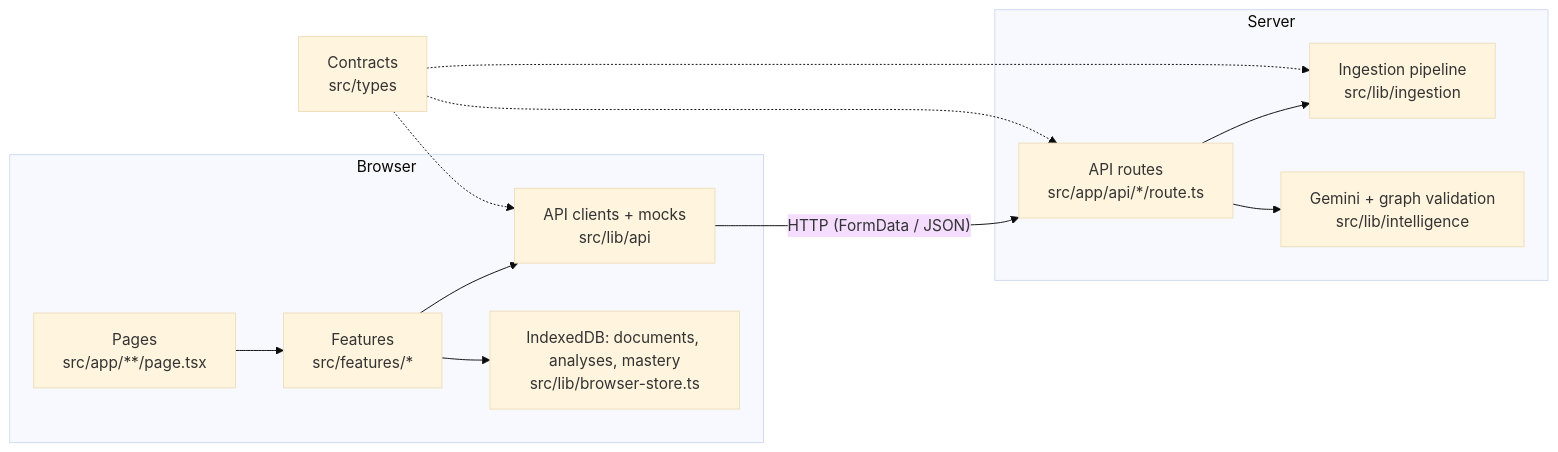
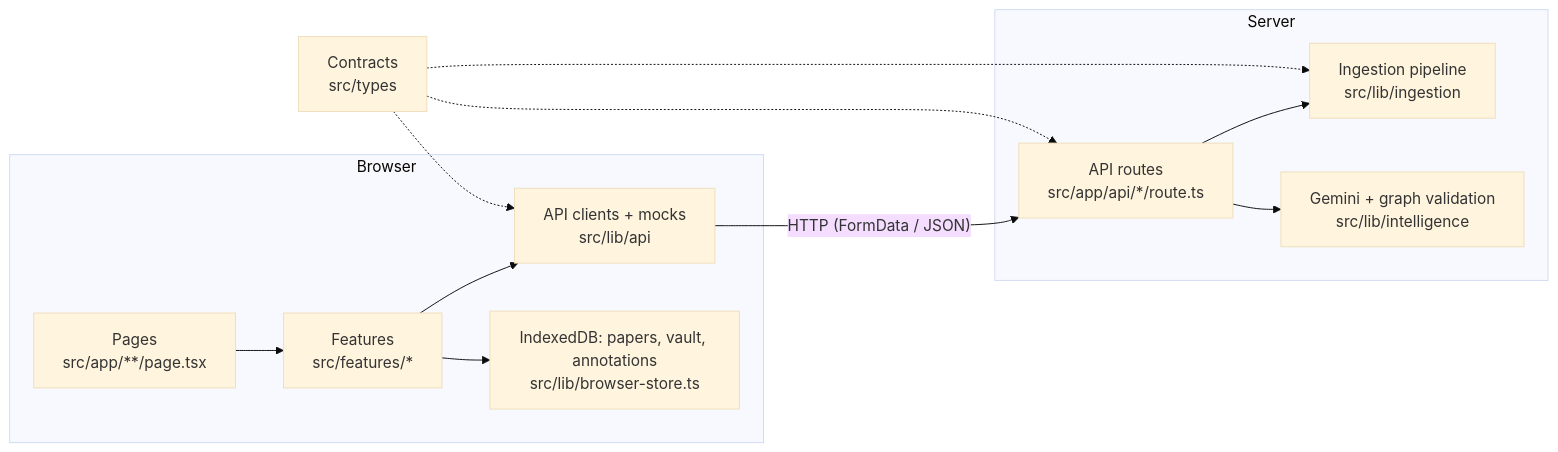
Before and after one commit to builtbybayn/hack-26: the diagram in docs/ARCHITECTURE.md, drawn with Mermaid (base theme). The commit also changed other lines of this file and 54 other files, not shown here.

````diff
--- a/docs/ARCHITECTURE.md
+++ b/docs/ARCHITECTURE.md
@@ -6,27 +6,27 @@
 ```mermaid
 flowchart LR
   subgraph Browser
     Page["Pages<br/>src/app/**/page.tsx"]
     Feature["Features<br/>src/features/*"]
     Client["API clients + mocks<br/>src/lib/api"]
-    Store["IndexedDB: documents, analyses, mastery<br/>src/lib/browser-store.ts"]
+    Store["IndexedDB: papers, vault, annotations<br/>src/lib/browser-store.ts"]
   end
 
   subgraph Server
     Route["API routes<br/>src/app/api/*/route.ts"]
     Ingestion["Ingestion pipeline<br/>src/lib/ingestion"]
     Intelligence["Gemini + graph validation<br/>src/lib/intelligence"]
   end
 
   Types["Contracts<br/>src/types"]
 
   Page --> Feature
   Feature --> Client
   Client -- "HTTP (FormData / JSON)" --> Route
   Route --> Ingestion
   Route --> Intelligence
   Feature --> Store
   Types -.-> Client
   Types -.-> Route
   Types -.-> Ingestion
 ```
````
